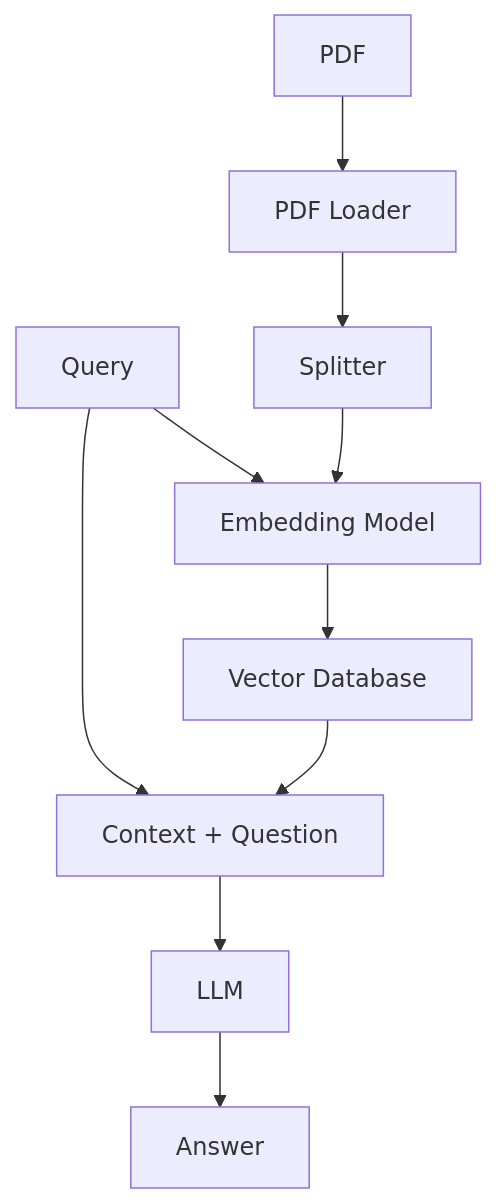
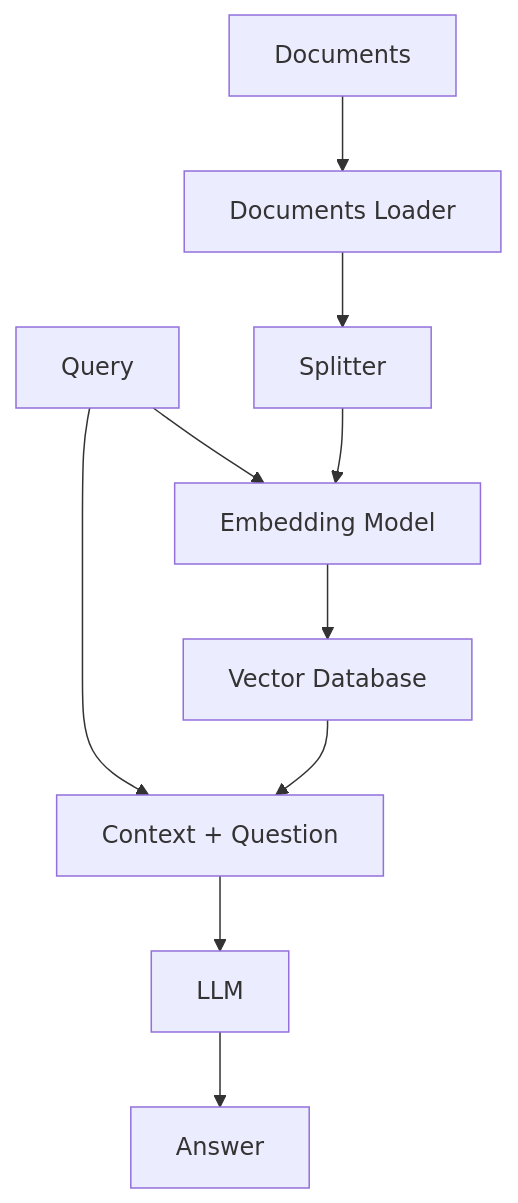
The diagram in README.md (acn-thaihanguyen/rag_langchain), drawn with Mermaid before and after one commit. The commit also changed other lines of this file and 10 other files, not shown here.

````diff
--- a/README.md
+++ b/README.md
@@ -9,7 +9,7 @@
 ```mermaid
 graph TD
     A[Query] --> B[Embedding Model] --> C[Vector Database]
-    G[PDF] --> H[PDF Loader] --> I[Splitter] --> B[Embedding Model]
+    G[Documents] --> H[Documents Loader] --> I[Splitter] --> B[Embedding Model]
     C[Vector Database] --> D[Context + Question] --> E[LLM] --> F[Answer]
     A[Query] --> D[Context + Question]
 ```
````
